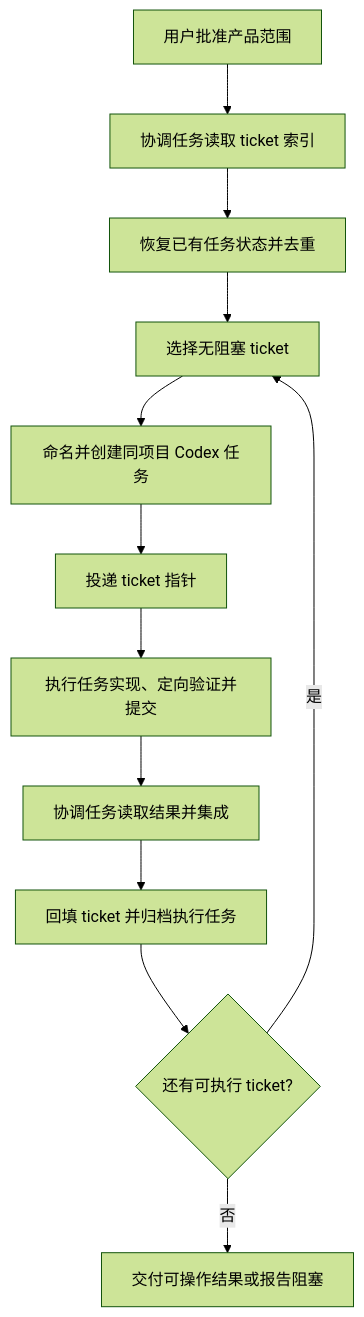
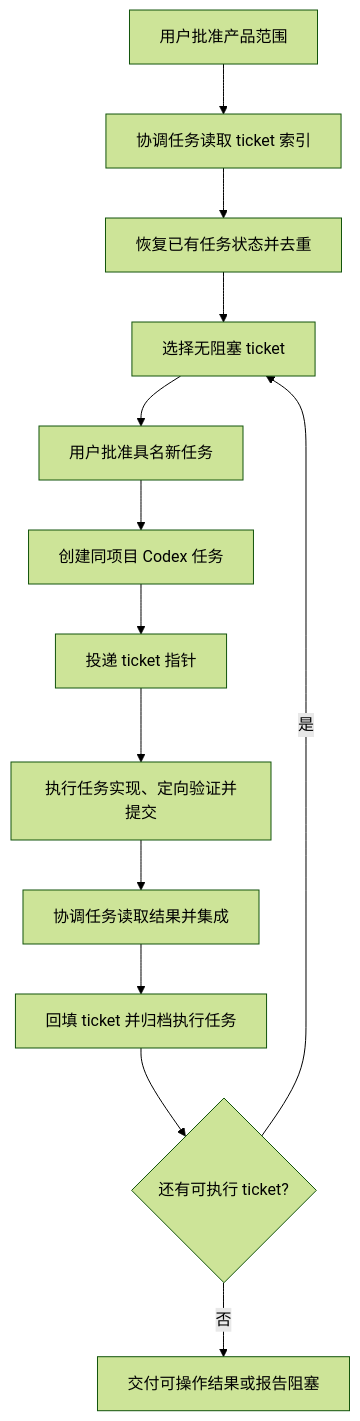
One commit to thevenomsnake/MAGA changed the diagram in playbooks/codex-ticket-orchestration.md. Above: the diagram before and after it, drawn with Mermaid (forest theme). The commit also changed other lines of this file and 33 other files, not shown here.

````diff
--- a/playbooks/codex-ticket-orchestration.md
+++ b/playbooks/codex-ticket-orchestration.md
@@ -12,14 +12,15 @@
 ```mermaid
 flowchart TD
     A["用户批准产品范围"] --> B["协调任务读取 ticket 索引"]
     B --> R["恢复已有任务状态并去重"]
     R --> C["选择无阻塞 ticket"]
-    C --> D["命名并创建同项目 Codex 任务"]
+    C --> P["用户批准具名新任务"]
+    P --> D["创建同项目 Codex 任务"]
     D --> E["投递 ticket 指针"]
     E --> F["执行任务实现、定向验证并提交"]
     F --> G["协调任务读取结果并集成"]
     G --> J["回填 ticket 并归档执行任务"]
     J --> H{"还有可执行 ticket?"}
     H -->|是| C
     H -->|否| I["交付可操作结果或报告阻塞"]
 ```
````
